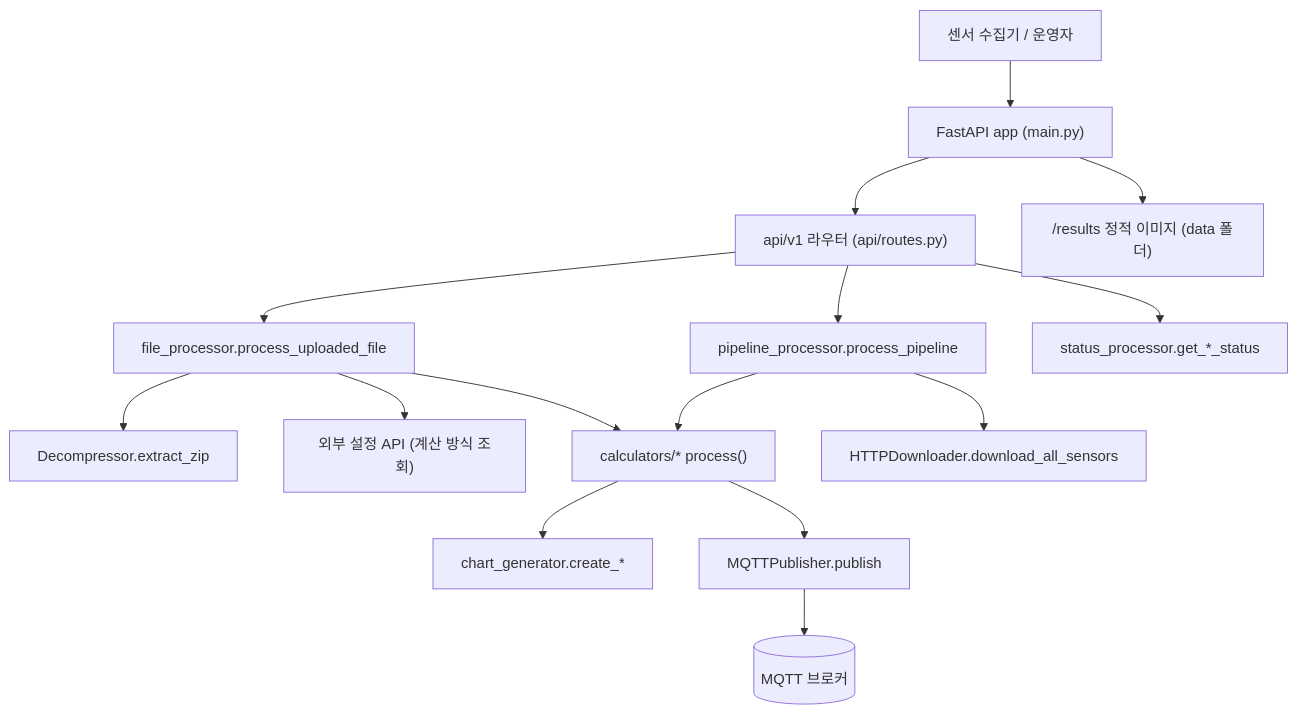
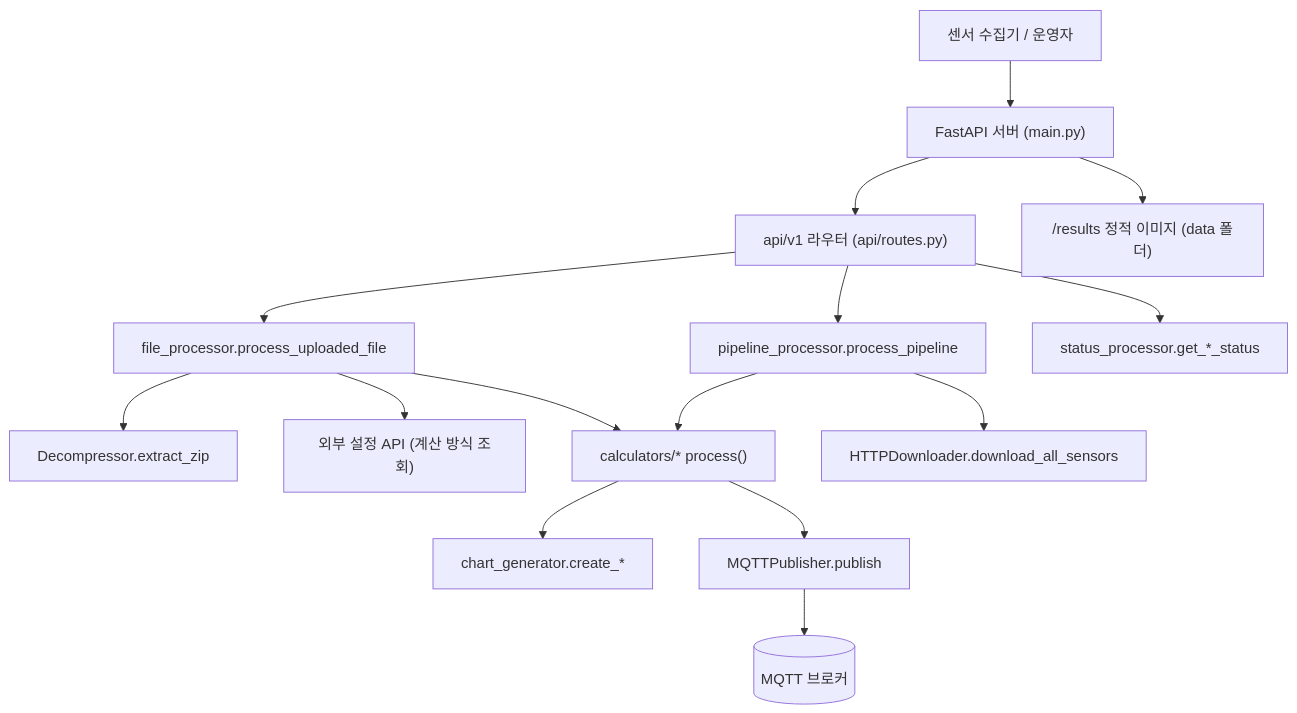
One commit to inbm-company/geoverse-- changed the first of 4 diagrams in server/undefined-3.md. Above: the diagram before and after it, drawn with Mermaid. The commit also changed other lines of this file and 4 other files, not shown here.

````diff
--- a/server/undefined-3.md
+++ b/server/undefined-3.md
@@ -11,17 +68,17 @@
 ```mermaid
 flowchart TB
-    C[센서 수집기 / 운영자] --> APP["FastAPI app (main.py)"]
+    C[센서 수집기 / 운영자] --> APP["FastAPI 서버 (main.py)"]
     APP --> R["api/v1 라우터 (api/routes.py)"]
     APP --> ST["/results 정적 이미지 (data 폴더)"]
     R --> FP["file_processor.process_uploaded_file"]
     R --> PP["pipeline_processor.process_pipeline"]
     R --> SP["status_processor.get_*_status"]
     FP --> DEC["Decompressor.extract_zip"]
     FP --> CFG["외부 설정 API (계산 방식 조회)"]
     FP --> CAL["calculators/* process()"]
     PP --> DL["HTTPDownloader.download_all_sensors"]
     PP --> CAL
     CAL --> CG["chart_generator.create_*"]
     CAL --> MQ["MQTTPublisher.publish"]
     MQ --> BR[(MQTT 브로커)]
 ```
````
